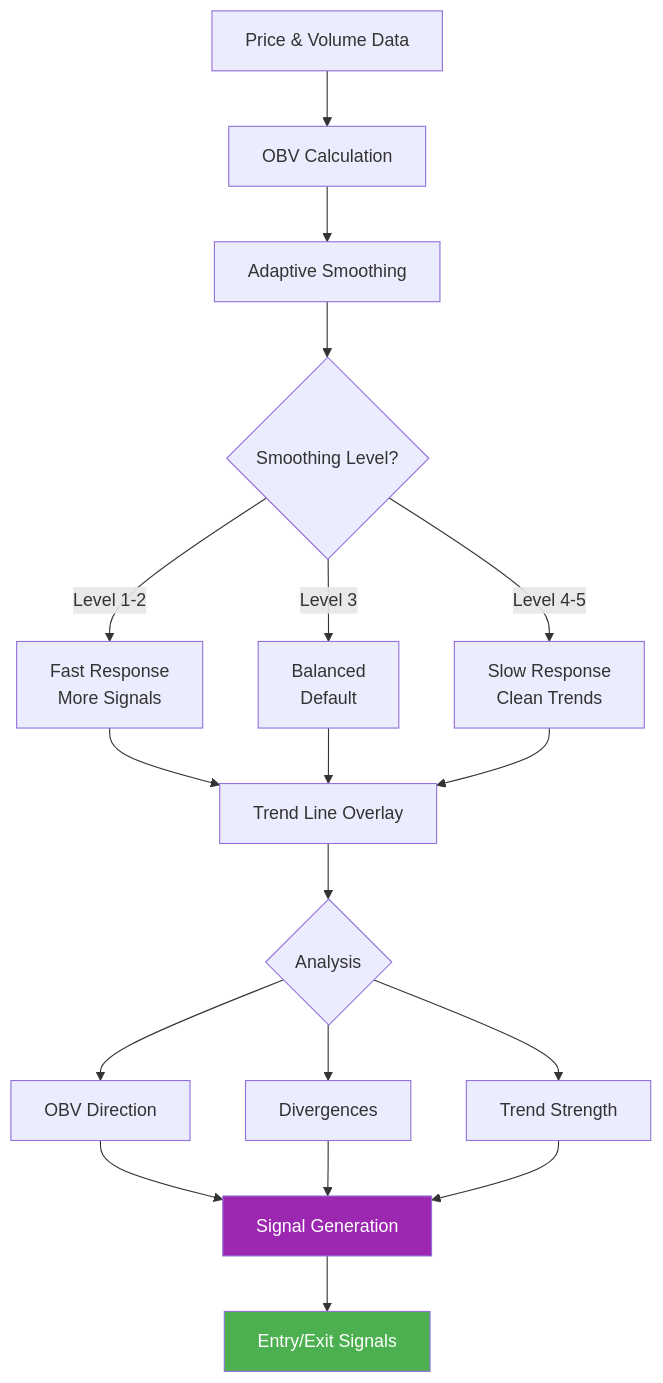
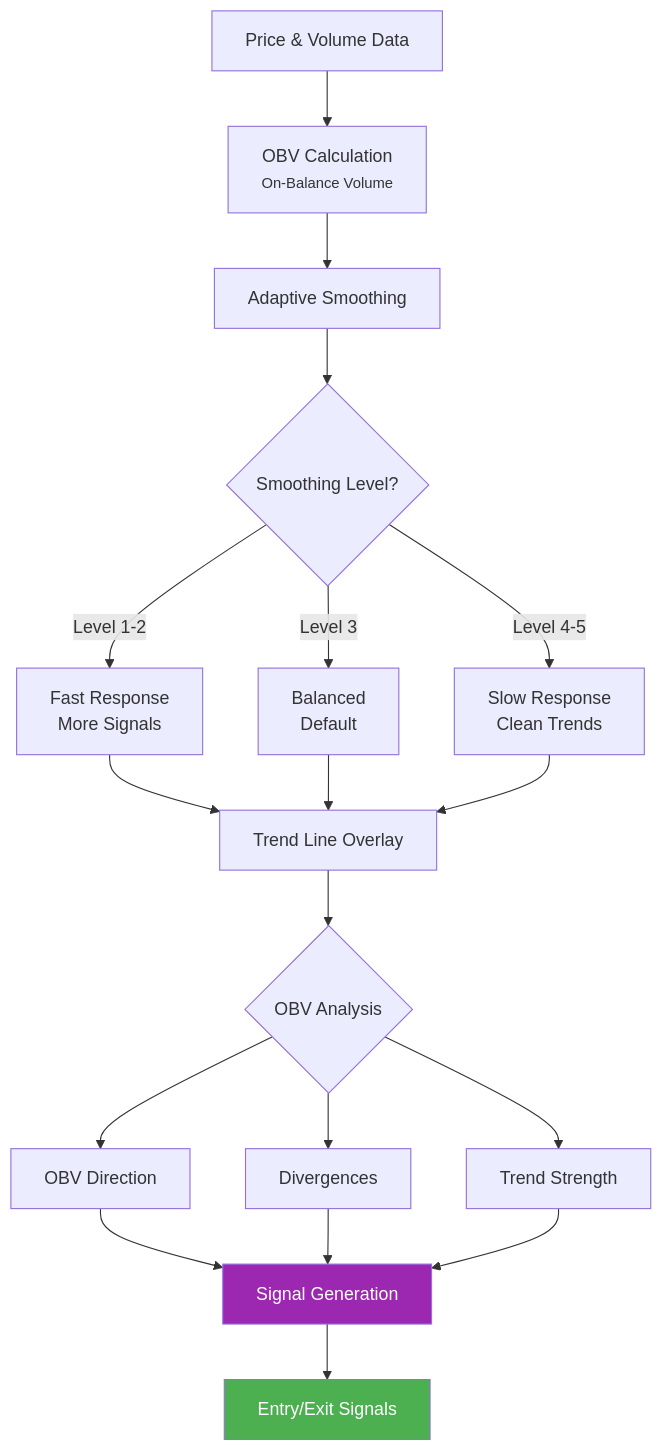
The ninth of 12 diagrams in MERMAID_DIAGRAMS.md (Signalpilot/signalpilot-docs), drawn with Mermaid before and after one commit. The commit also changed other lines of this file and 3 other files, not shown here.

````diff
--- a/MERMAID_DIAGRAMS.md
+++ b/MERMAID_DIAGRAMS.md
@@ -313,30 +317,30 @@
 ```mermaid
 graph TD
-    A[Price & Volume Data] --> B[OBV Calculation]
+    A[Price & Volume Data] --> B[OBV Calculation<br/><small>On-Balance Volume</small>]
 
     B --> C[Adaptive Smoothing]
 
     C --> D{Smoothing Level?}
     D -->|Level 1-2| E[Fast Response<br/>More Signals]
     D -->|Level 3| F[Balanced<br/>Default]
     D -->|Level 4-5| G[Slow Response<br/>Clean Trends]
 
     E --> H[Trend Line Overlay]
     F --> H
     G --> H
 
-    H --> I{Analysis}
+    H --> I{OBV Analysis}
 
     I --> J[OBV Direction]
     I --> K[Divergences]
     I --> L[Trend Strength]
 
     J --> M[Signal Generation]
     K --> M
     L --> M
 
     M --> N[Entry/Exit Signals]
 
     style M fill:#9c27b0,color:#fff
     style N fill:#4caf50,color:#fff
 ```
````
